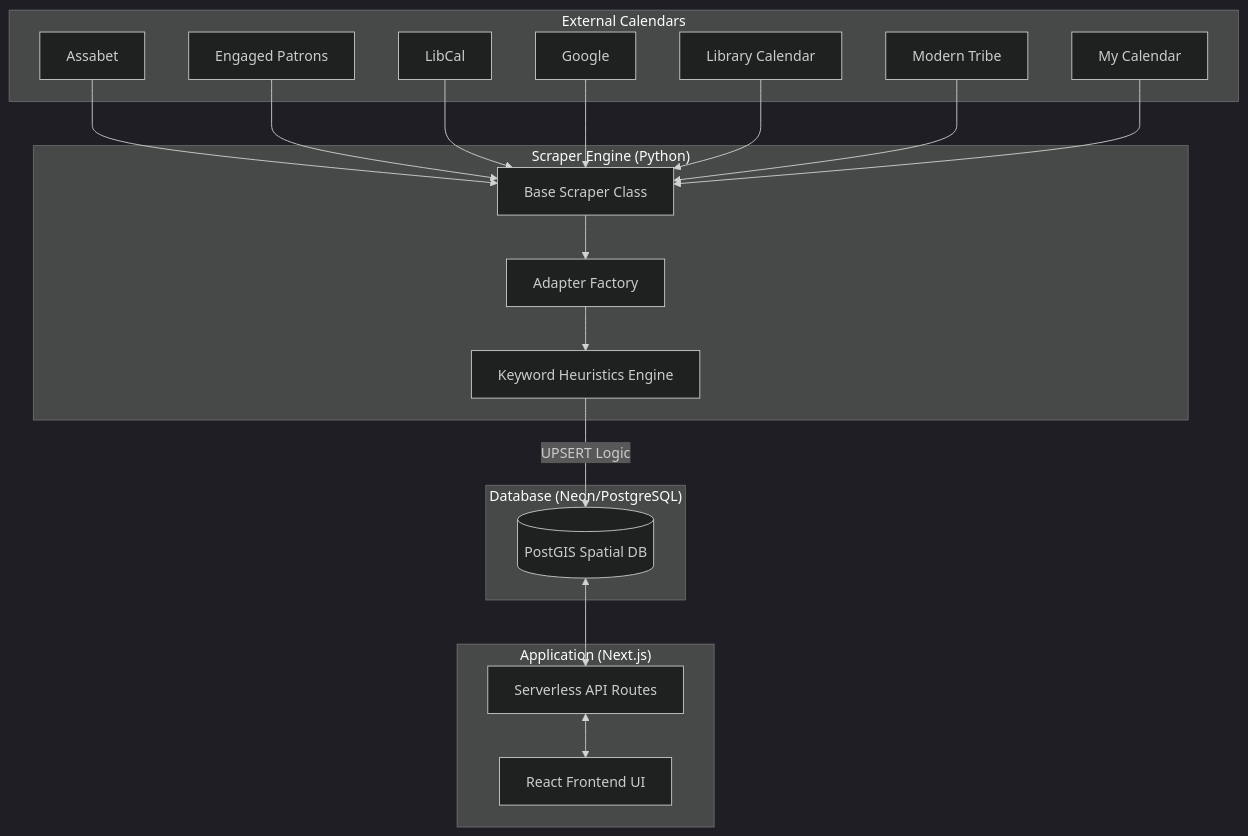
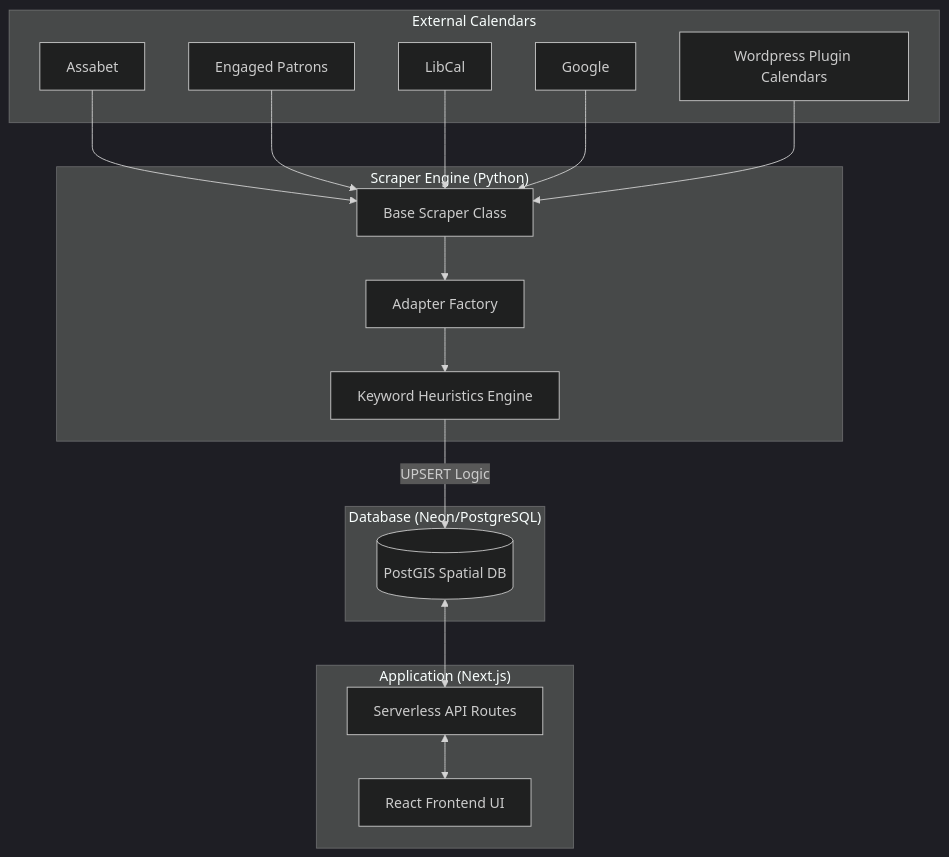
One commit to veronica-stork/librova-new changed the diagram in README.md. Above: the diagram before and after it, drawn with Mermaid (dark theme).

Commit message:
feat: update architecture diagram in README to reflect changes in scraper and database components

````diff
--- a/README.md
+++ b/README.md
@@ -35,34 +35,32 @@
 ```mermaid
 graph TD
     subgraph "External Calendars"
         A[Assabet]
         B[Engaged Patrons]
         C[LibCal]
         D[Google]
-        E[Library Calendar]
-        F[Modern Tribe]
-        G[My Calendar]
+        E[Wordpress Plugin Calendars]
     end
 
     subgraph "Scraper Engine (Python)"
-        H[Base Scraper Class]
-        I[Adapter Factory]
-        J[Keyword Heuristics Engine]
+        F[Base Scraper Class]
+        G[Adapter Factory]
+        H[Keyword Heuristics Engine]
     end
 
     subgraph "Database (Neon/PostgreSQL)"
-        K[(PostGIS Spatial DB)]
+        I[(PostGIS Spatial DB)]
     end
 
     subgraph "Application (Next.js)"
-        L[Serverless API Routes]
-        M[React Frontend UI]
+        J[Serverless API Routes]
+        K[React Frontend UI]
     end
 
-    A & B & C & D & E & F & G--> H
-    H --> I
-    I --> J
-    J -- "UPSERT Logic" --> K
-    K <--> L
-    L <--> M
+    A & B & C & D & E --> F
+    F --> G
+    G --> H
+    H -- "UPSERT Logic" --> I
+    I <--> J
+    J <--> K
 ```
````
